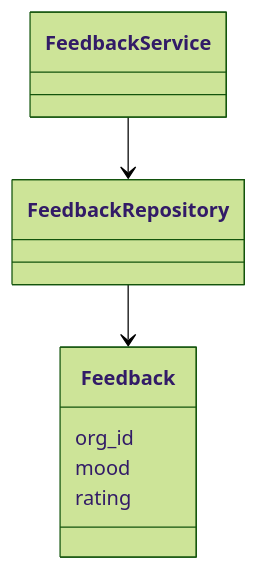
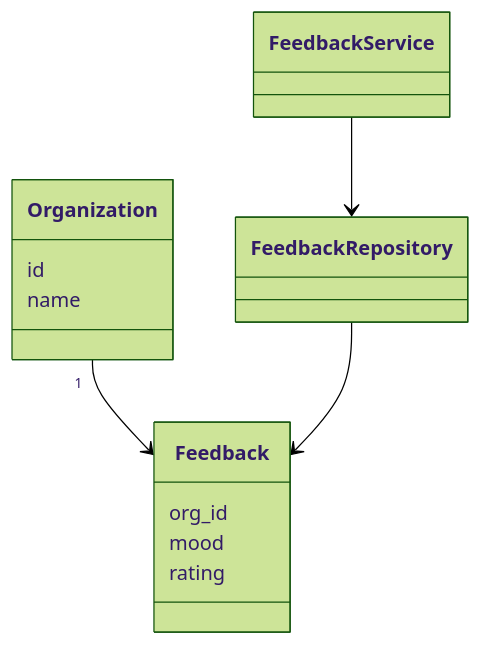
The diagram in feedback_app/dokumentaatio/arkkitehtuuri.md (PieniiSienii/ot-harjoitustyo), drawn with Mermaid (forest theme) before and after one commit.

Commit message:
Update architecture diagram with Organization-Feedback relation
Added relationship between Organization and Feedback in class diagram.

````diff
--- a/feedback_app/dokumentaatio/arkkitehtuuri.md
+++ b/feedback_app/dokumentaatio/arkkitehtuuri.md
@@ -3,14 +3,19 @@
 ``` mermaid
 classDiagram
+    class Organization {
+        id
+        name
+    }
     class Feedback {
         org_id
         mood
         rating
 }
 
 class FeedbackRepository
 class FeedbackService
 
+Organization "1" --> Feedback
 FeedbackService --> FeedbackRepository
 FeedbackRepository --> Feedback
 ```
````
